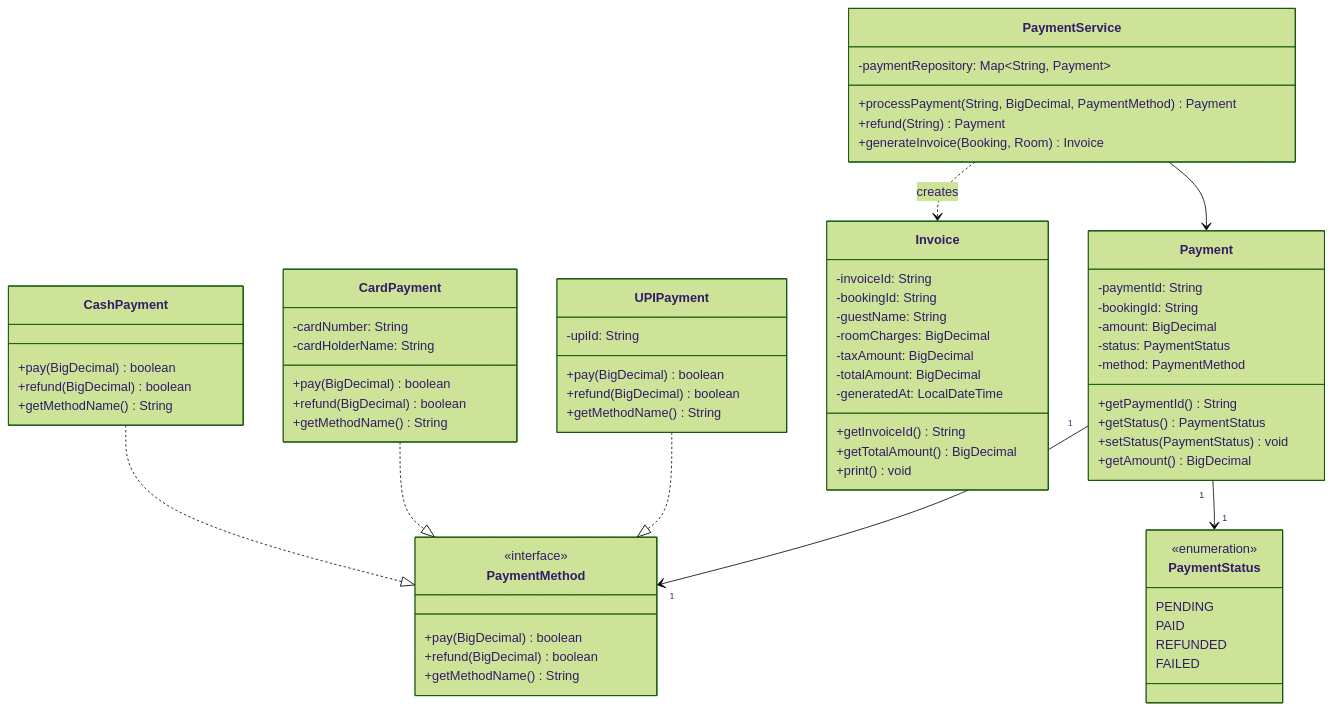
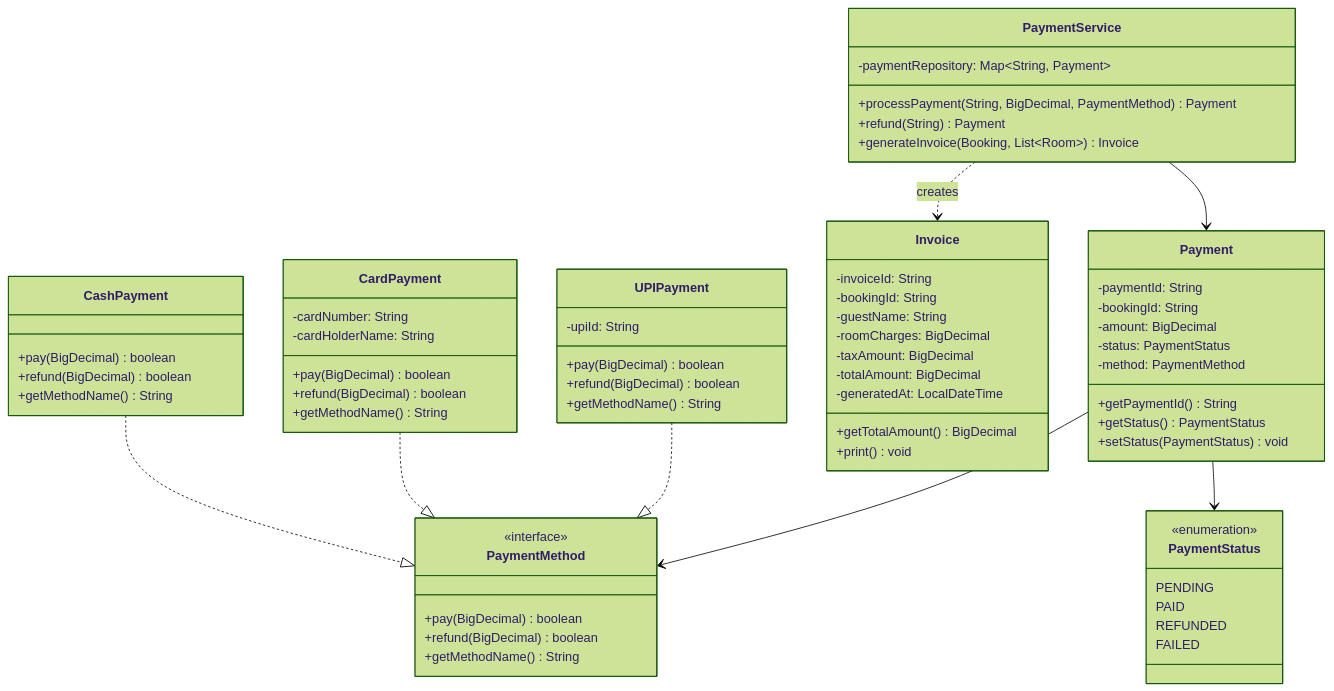
Before and after one commit to Arnavjain1703/LLD: the fifth of 8 diagrams in HotelManagement/HMS_Class_Diagrams.md, drawn with Mermaid (forest theme). The commit also changed other lines of this file, not shown here.

````diff
--- a/HotelManagement/HMS_Class_Diagrams.md
+++ b/HotelManagement/HMS_Class_Diagrams.md
@@ -268,78 +284,76 @@
 ```mermaid
 classDiagram
     class PaymentMethod {
         <<interface>>
         +pay(BigDecimal) boolean
         +refund(BigDecimal) boolean
         +getMethodName() String
     }
 
     class CashPayment {
         +pay(BigDecimal) boolean
         +refund(BigDecimal) boolean
         +getMethodName() String
     }
 
     class CardPayment {
         -cardNumber: String
         -cardHolderName: String
         +pay(BigDecimal) boolean
         +refund(BigDecimal) boolean
         +getMethodName() String
     }
 
     class UPIPayment {
         -upiId: String
         +pay(BigDecimal) boolean
         +refund(BigDecimal) boolean
         +getMethodName() String
     }
 
     class PaymentStatus {
         <<enumeration>>
         PENDING
         PAID
         REFUNDED
         FAILED
     }
 
     class Payment {
         -paymentId: String
         -bookingId: String
         -amount: BigDecimal
         -status: PaymentStatus
         -method: PaymentMethod
         +getPaymentId() String
         +getStatus() PaymentStatus
         +setStatus(PaymentStatus) void
-        +getAmount() BigDecimal
     }
 
     class Invoice {
         -invoiceId: String
         -bookingId: String
         -guestName: String
         -roomCharges: BigDecimal
         -taxAmount: BigDecimal
         -totalAmount: BigDecimal
         -generatedAt: LocalDateTime
-        +getInvoiceId() String
         +getTotalAmount() BigDecimal
         +print() void
     }
 
     class PaymentService {
         -paymentRepository: Map~String, Payment~
         +processPayment(String, BigDecimal, PaymentMethod) Payment
         +refund(String) Payment
-        +generateInvoice(Booking, Room) Invoice
+        +generateInvoice(Booking, List~Room~) Invoice
     }
 
     CashPayment ..|> PaymentMethod
     CardPayment ..|> PaymentMethod
     UPIPayment  ..|> PaymentMethod
-    Payment     "1" --> "1" PaymentStatus
-    Payment     "1" --> "1" PaymentMethod
+    Payment     --> PaymentStatus
+    Payment     --> PaymentMethod
     PaymentService --> Payment
     PaymentService ..> Invoice : creates
 ```
````
